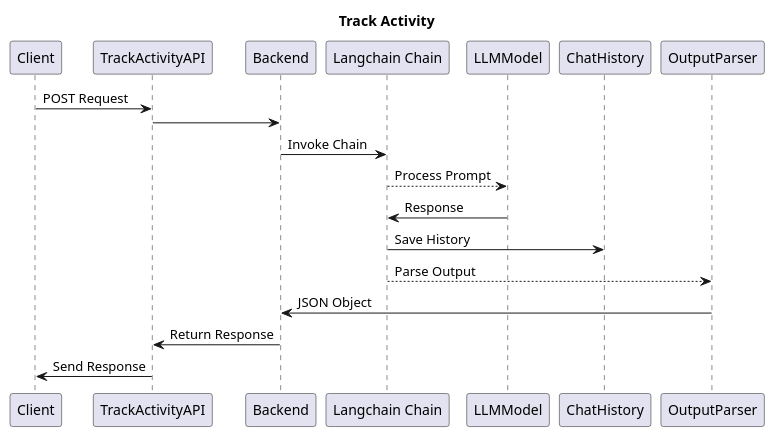
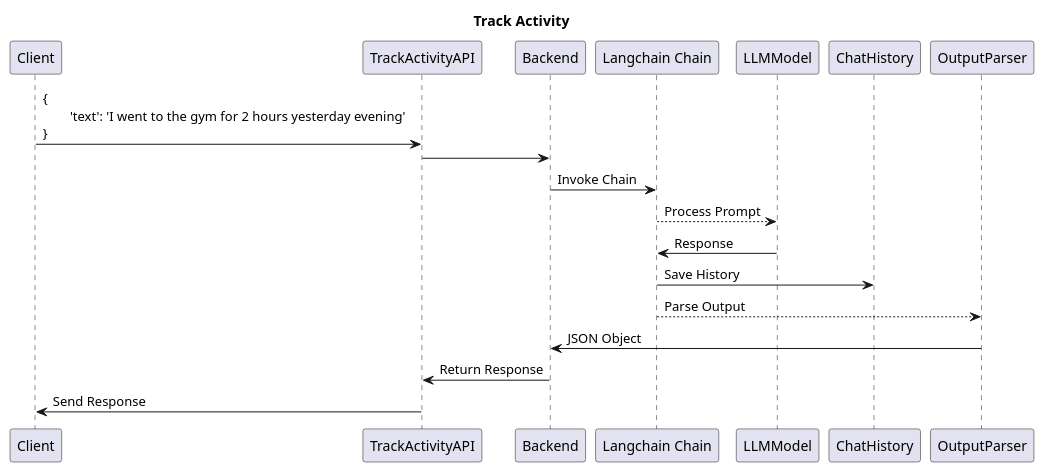
One commit to pareshvpatil/activity-tracker-chatbot changed the first of 2 diagrams in docs/workflow.puml. Above: the diagram before and after it, drawn with PlantUML. The commit also changed other lines of this file, not shown here.

Commit message:
Modified: workflow puml diagrams

```diff
--- a/docs/workflow.puml
+++ b/docs/workflow.puml
@@ -1,14 +1,14 @@
 @startuml
 title Track Activity
 
-Client -> TrackActivityAPI : POST Request
+Client -> TrackActivityAPI : { \n\t'text': 'I went to the gym for 2 hours yesterday evening'\n}
 TrackActivityAPI -> Backend
 Backend -> "Langchain Chain" : Invoke Chain
 "Langchain Chain" --> LLMModel : Process Prompt
 LLMModel -> "Langchain Chain" : Response
 "Langchain Chain" -> ChatHistory : Save History
 "Langchain Chain" --> OutputParser : Parse Output
 OutputParser -> Backend : JSON Object
 Backend -> TrackActivityAPI : Return Response
 TrackActivityAPI -> Client : Send Response
 @enduml
```
